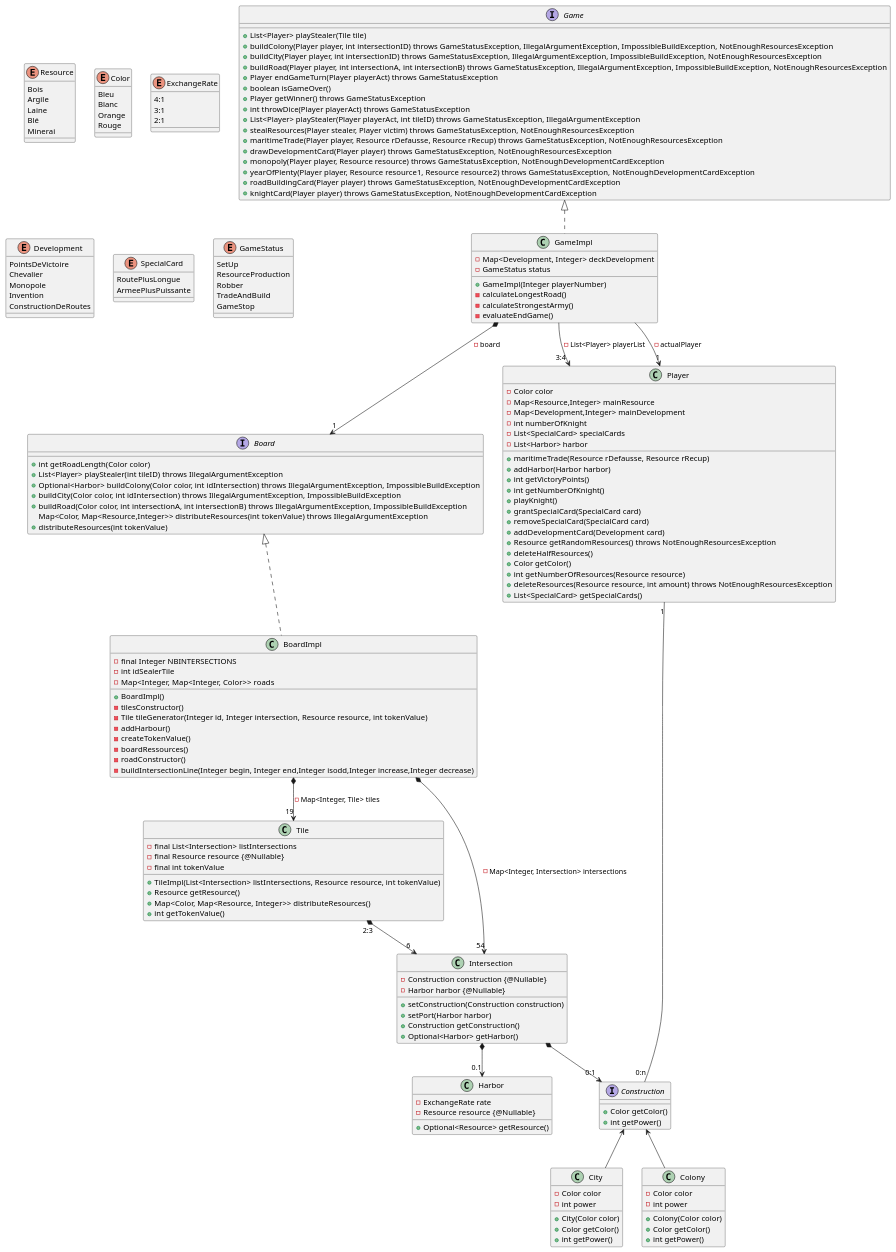
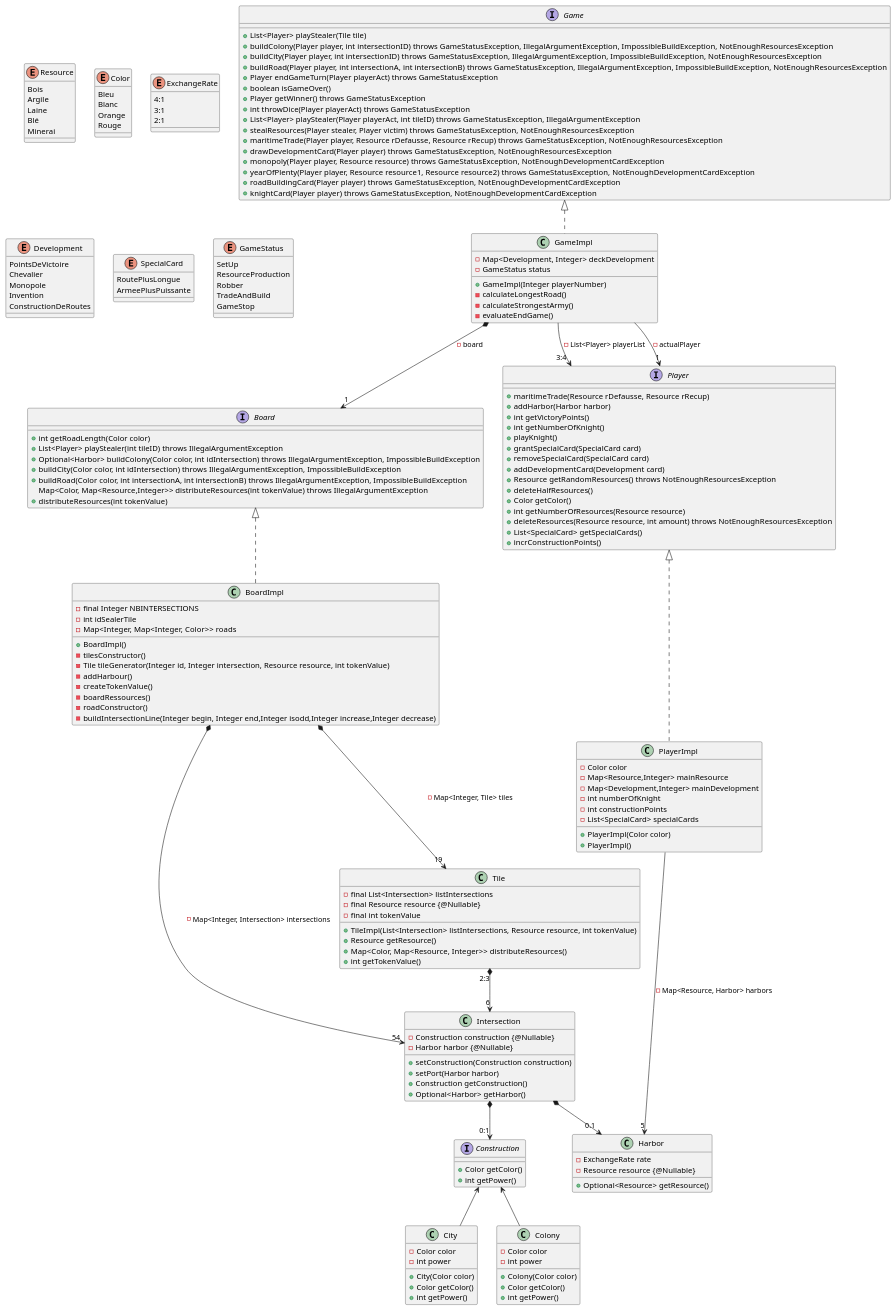
Before and after one commit to Lapin-Obez/colon_de_catane: the diagram in catan-doc/modules/conception/examples/gameClassDiag.plantuml, drawn with PlantUML. The commit also changed 1 other file, not shown here.

Commit message:
Relecture Player : mise à jour du diagramme de classe et de methods.adoc

```diff
--- a/catan-doc/modules/conception/examples/gameClassDiag.plantuml
+++ b/catan-doc/modules/conception/examples/gameClassDiag.plantuml
@@ -1,192 +1,199 @@
 @startuml
 enum Resource {
     Bois
     Argile
     Laine
     Blé
     Minerai
 }
 
 enum Color {
     Bleu
     Blanc
     Orange
     Rouge
 }
 
 enum ExchangeRate {
     4:1
     3:1
     2:1
 }
 
 enum Development {
     PointsDeVictoire
     Chevalier
     Monopole
     Invention
     ConstructionDeRoutes
 }
 
 enum SpecialCard {
     RoutePlusLongue
     ArmeePlusPuissante
 }
 
 enum GameStatus {
     SetUp
     ResourceProduction
     Robber
     TradeAndBuild
     GameStop
 }
 
 interface Game {
     + List<Player> playStealer(Tile tile)
     + buildColony(Player player, int intersectionID) throws GameStatusException, IllegalArgumentException, ImpossibleBuildException, NotEnoughResourcesException
     + buildCity(Player player, int intersectionID) throws GameStatusException, IllegalArgumentException, ImpossibleBuildException, NotEnoughResourcesException
     + buildRoad(Player player, int intersectionA, int intersectionB) throws GameStatusException, IllegalArgumentException, ImpossibleBuildException, NotEnoughResourcesException
     + Player endGameTurn(Player playerAct) throws GameStatusException
     + boolean isGameOver()
     + Player getWinner() throws GameStatusException
     + int throwDice(Player playerAct) throws GameStatusException
     + List<Player> playStealer(Player playerAct, int tileID) throws GameStatusException, IllegalArgumentException
     + stealResources(Player stealer, Player victim) throws GameStatusException, NotEnoughResourcesException
     + maritimeTrade(Player player, Resource rDefausse, Resource rRecup) throws GameStatusException, NotEnoughResourcesException
     + drawDevelopmentCard(Player player) throws GameStatusException, NotEnoughResourcesException
     + monopoly(Player player, Resource resource) throws GameStatusException, NotEnoughDevelopmentCardException
     + yearOfPlenty(Player player, Resource resource1, Resource resource2) throws GameStatusException, NotEnoughDevelopmentCardException
     + roadBuildingCard(Player player) throws GameStatusException, NotEnoughDevelopmentCardException
     + knightCard(Player player) throws GameStatusException, NotEnoughDevelopmentCardException
 }
 
 class GameImpl {
     - Map<Development, Integer> deckDevelopment
     - GameStatus status
 
     + GameImpl(Integer playerNumber)
     - calculateLongestRoad()
     - calculateStrongestArmy()
     - evaluateEndGame()
 }
 
 interface Board {
     + int getRoadLength(Color color)
     + List<Player> playStealer(int tileID) throws IllegalArgumentException
     + Optional<Harbor> buildColony(Color color, int idIntersection) throws IllegalArgumentException, ImpossibleBuildException
     + buildCity(Color color, int idIntersection) throws IllegalArgumentException, ImpossibleBuildException
     + buildRoad(Color color, int intersectionA, int intersectionB) throws IllegalArgumentException, ImpossibleBuildException
     Map<Color, Map<Resource,Integer>> distributeResources(int tokenValue) throws IllegalArgumentException
     + distributeResources(int tokenValue)
 }
 
 class BoardImpl {
     - final Integer NBINTERSECTIONS
     - int idSealerTile
     - Map<Integer, Map<Integer, Color>> roads
 
     + BoardImpl()
     - tilesConstructor()
     - Tile tileGenerator(Integer id, Integer intersection, Resource resource, int tokenValue)
     - addHarbour()
     - createTokenValue()
     - boardRessources()
     - roadConstructor()
     - buildIntersectionLine(Integer begin, Integer end,Integer isodd,Integer increase,Integer decrease)
 }
 
 class Harbor{
     - ExchangeRate rate
     - Resource resource {@Nullable}
 
     + Optional<Resource> getResource()
 }
 
 class Tile{
     - final List<Intersection> listIntersections
     - final Resource resource {@Nullable}
     - final int tokenValue
 
     + TileImpl(List<Intersection> listIntersections, Resource resource, int tokenValue)
     + Resource getResource()
     + Map<Color, Map<Resource, Integer>> distributeResources()
     + int getTokenValue()
 }
 
 class Intersection{
     - Construction construction {@Nullable}
     - Harbor harbor {@Nullable}
 
     + setConstruction(Construction construction)
     + setPort(Harbor harbor)
     + Construction getConstruction()
     + Optional<Harbor> getHarbor()
 }
 
-class Player{
-    - Color color
-    - Map<Resource,Integer> mainResource
-    - Map<Development,Integer> mainDevelopment
-    - int numberOfKnight
-    - List<SpecialCard> specialCards
-    - List<Harbor> harbor
-
+interface Player {
     + maritimeTrade(Resource rDefausse, Resource rRecup)
     + addHarbor(Harbor harbor)
     + int getVictoryPoints()
     + int getNumberOfKnight()
     + playKnight()
     + grantSpecialCard(SpecialCard card)
     + removeSpecialCard(SpecialCard card)
     + addDevelopmentCard(Development card)
     + Resource getRandomResources() throws NotEnoughResourcesException
     + deleteHalfResources()
     + Color getColor()
     + int getNumberOfResources(Resource resource)
     + deleteResources(Resource resource, int amount) throws NotEnoughResourcesException
     + List<SpecialCard> getSpecialCards()
+    + incrConstructionPoints()
+}
+
+class PlayerImpl {
+    - Color color
+    - Map<Resource,Integer> mainResource
+    - Map<Development,Integer> mainDevelopment
+    - int numberOfKnight
+    - int constructionPoints
+    - List<SpecialCard> specialCards
+
+    + PlayerImpl(Color color)
+    + PlayerImpl()
 }
 
 interface Construction {
     + Color getColor()
     + int getPower()
 }
 
 class City {
     - Color color
     - int power
 
     + City(Color color)
     + Color getColor()
     + int getPower()
 }
 
 class Colony {
     - Color color
     - int power
 
     + Colony(Color color)
     + Color getColor()
     + int getPower()
 }
 
 class BoardImpl implements Board
 class GameImpl implements Game
+class PlayerImpl implements Player
 
 Construction <-d- City
 Construction <-d- Colony
 
 GameImpl *--> "1" Board : - board
 BoardImpl *--> "19" Tile : - Map<Integer, Tile> tiles
 BoardImpl *--> "54" Intersection : - Map<Integer, Intersection> intersections
 
 Tile "2:3" *-->"6" Intersection
 Intersection *--> "0:1" Construction
 
 Intersection *--> "0.1" Harbor
 
 GameImpl --> "3:4" Player : - List<Player> playerList
 GameImpl --> "1" Player : - actualPlayer
 
-Player "1" -- "0:n" Construction
+PlayerImpl --> "5" Harbor : - Map<Resource, Harbor> harbors
 @enduml
```
